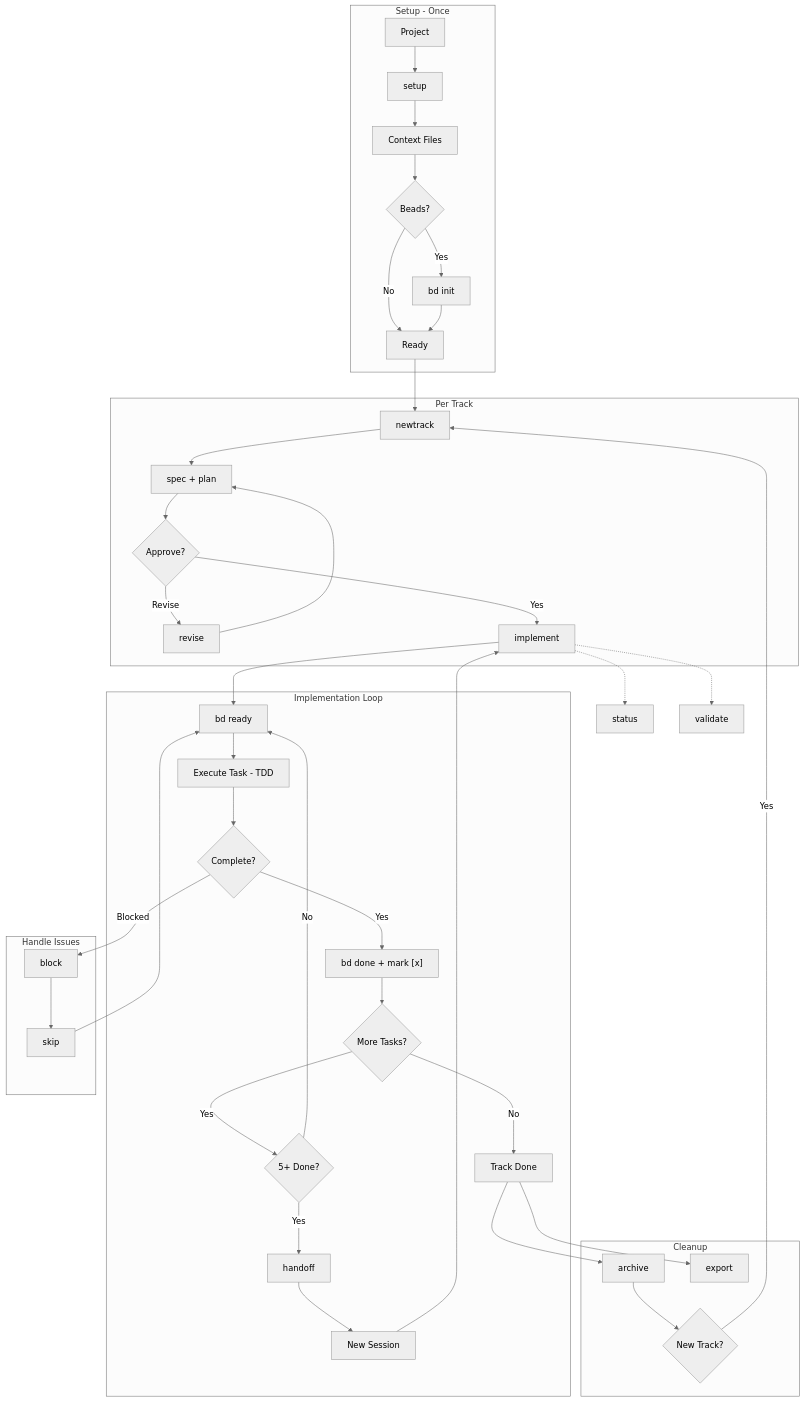
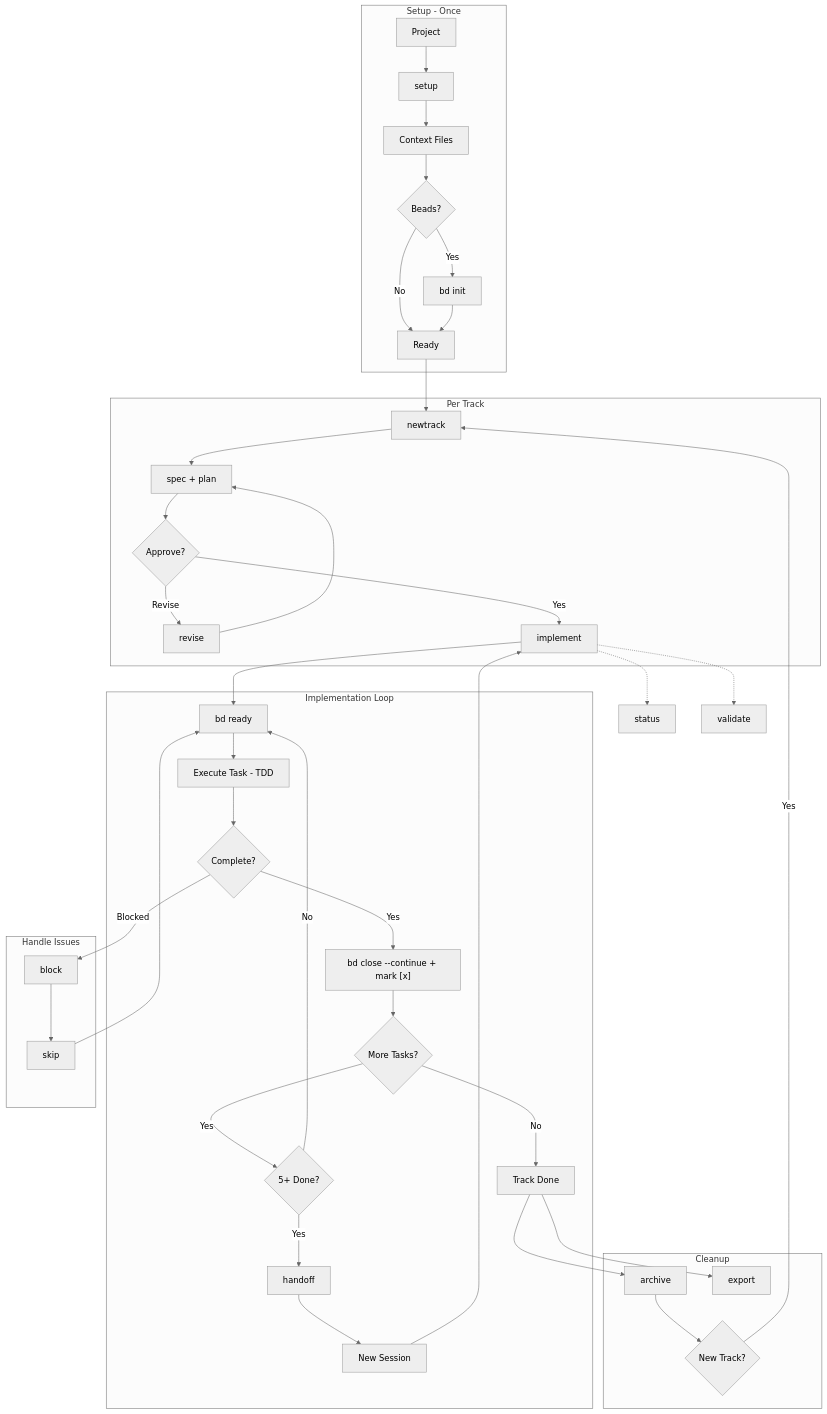
Before and after one commit to NilusvanEdel/Conductor-Beads-Copilot: the diagram in docs/manual-workflow-guide.md, drawn with Mermaid (neutral theme). The commit also changed other lines of this file and 11 other files, not shown here.

````diff
--- a/docs/manual-workflow-guide.md
+++ b/docs/manual-workflow-guide.md
@@ -7,50 +7,50 @@
 ```mermaid
 flowchart TD
     subgraph SETUP[Setup - Once]
         A[Project] --> B["setup"]
         B --> C[Context Files]
         C --> D{"Beads?"}
         D -->|Yes| E["bd init"]
         D -->|No| F[Ready]
         E --> F
     end
 
     subgraph TRACK[Per Track]
         F --> G["newtrack"]
         G --> H[spec + plan]
         H --> I{Approve?}
         I -->|Revise| J["revise"]
         J --> H
         I -->|Yes| K["implement"]
     end
 
     subgraph IMPL[Implementation Loop]
         K --> L["bd ready"]
         L --> M[Execute Task - TDD]
         M --> N{Complete?}
-        N -->|Yes| O["bd done + mark [x]"]
+        N -->|Yes| O["bd close --continue + mark [x]"]
         O --> P{More Tasks?}
         P -->|Yes| Q{5+ Done?}
         Q -->|Yes| R["handoff"]
         R --> S[New Session]
         S --> K
         Q -->|No| L
         P -->|No| T[Track Done]
     end
 
     subgraph ISSUES[Handle Issues]
         N -->|Blocked| U["block"]
         U --> V["skip"]
         V --> L
     end
 
     subgraph DONE[Cleanup]
         T --> W["archive"]
         T --> X["export"]
         W --> Y{New Track?}
         Y -->|Yes| G
     end
 
     K -.-> Z["status"]
     K -.-> AA["validate"]
 ```
````
